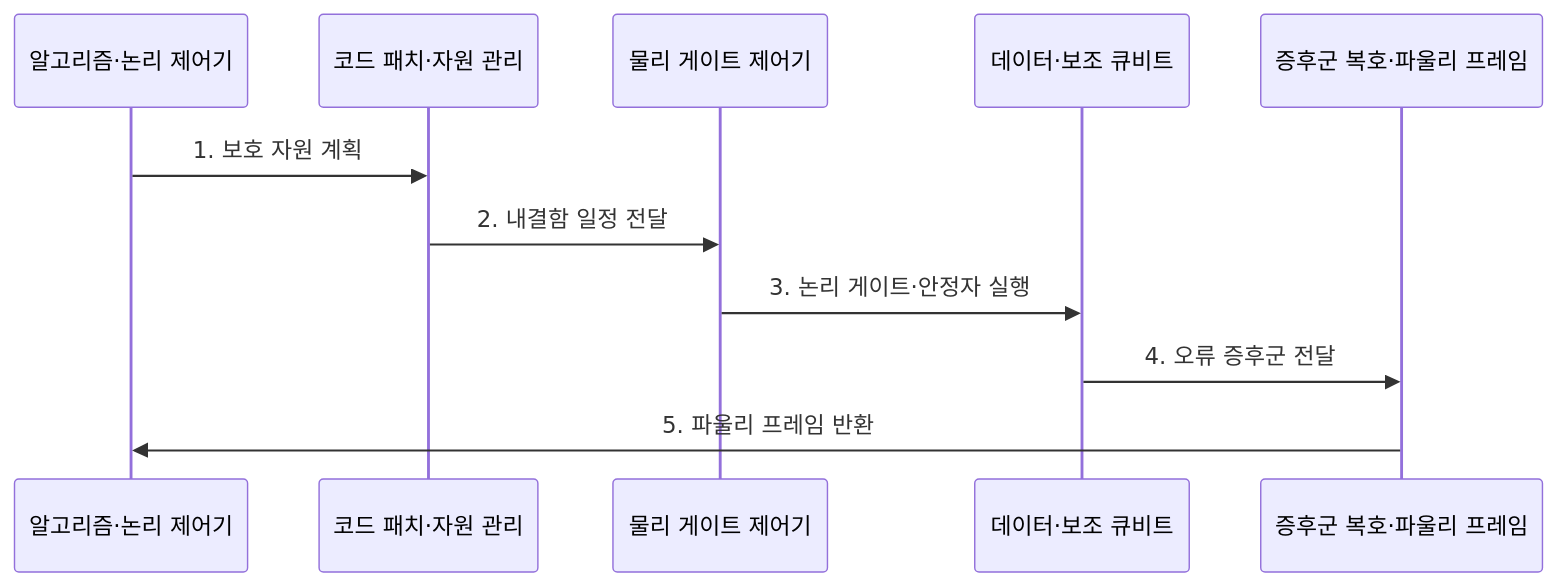
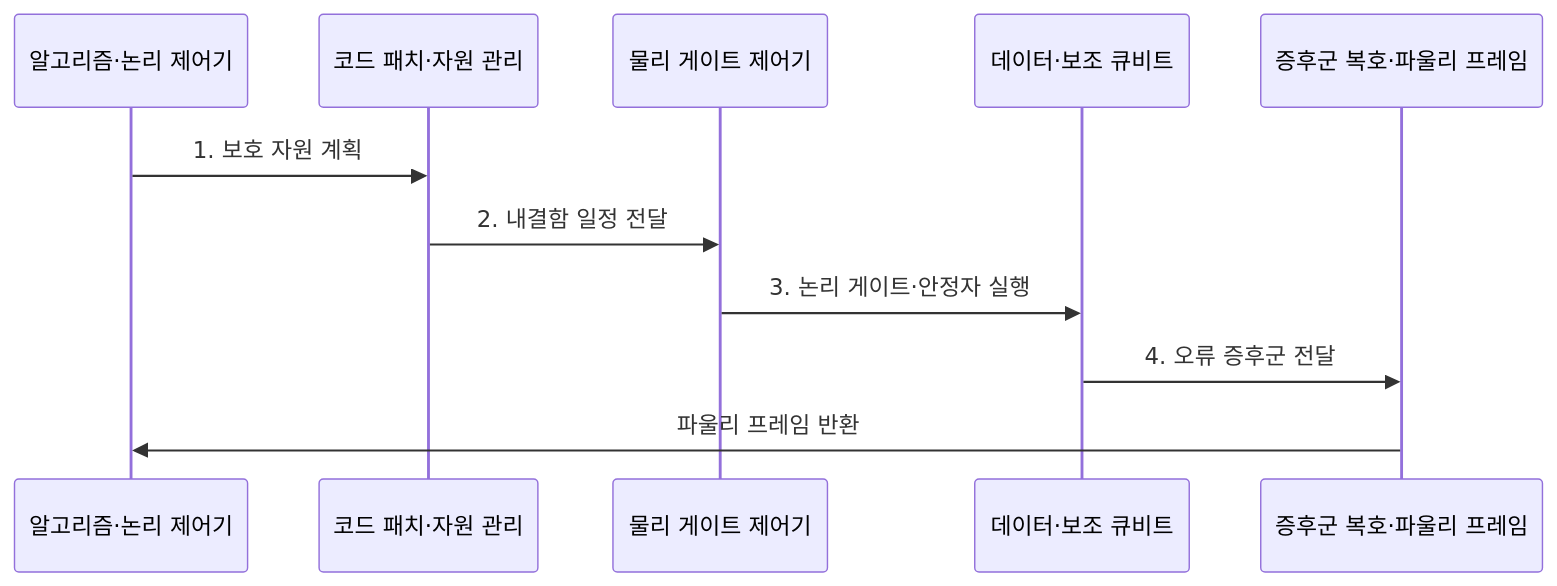
The second of 2 diagrams in src/content/docs/notes/02-hardware/075_logical_vs_physical_qubit.md (agnusdei1207/knowledge-base), drawn with Mermaid before and after one commit. The commit also changed other lines of this file and 19 other files, not shown here.

````diff
--- a/src/content/docs/notes/02-hardware/075_logical_vs_physical_qubit.md
+++ b/src/content/docs/notes/02-hardware/075_logical_vs_physical_qubit.md
@@ -86,14 +86,14 @@
 ```mermaid
 sequenceDiagram
     participant A as 알고리즘·논리 제어기
     participant P as 코드 패치·자원 관리
     participant C as 물리 게이트 제어기
     participant Q as 데이터·보조 큐비트
     participant R as 증후군 복호·파울리 프레임
 
     A->>P: 1. 보호 자원 계획
     P->>C: 2. 내결함 일정 전달
     C->>Q: 3. 논리 게이트·안정자 실행
     Q->>R: 4. 오류 증후군 전달
-    R->>A: 5. 파울리 프레임 반환
+    R->>A: 파울리 프레임 반환
 ```
````
